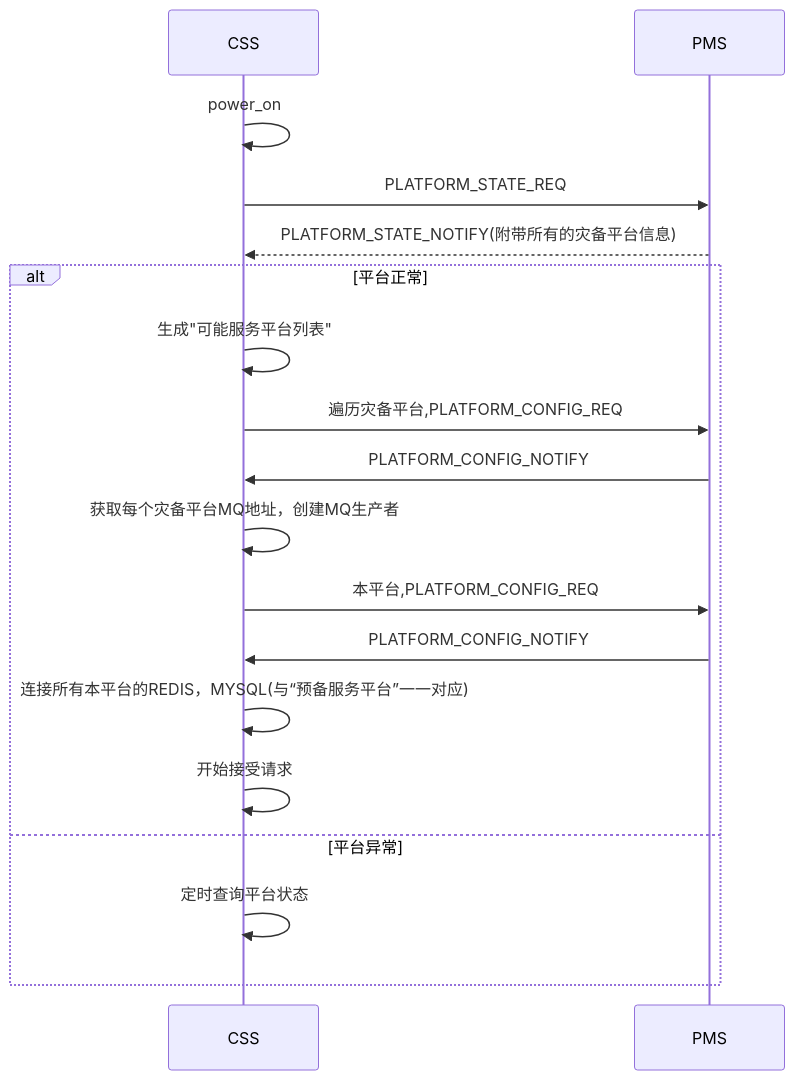
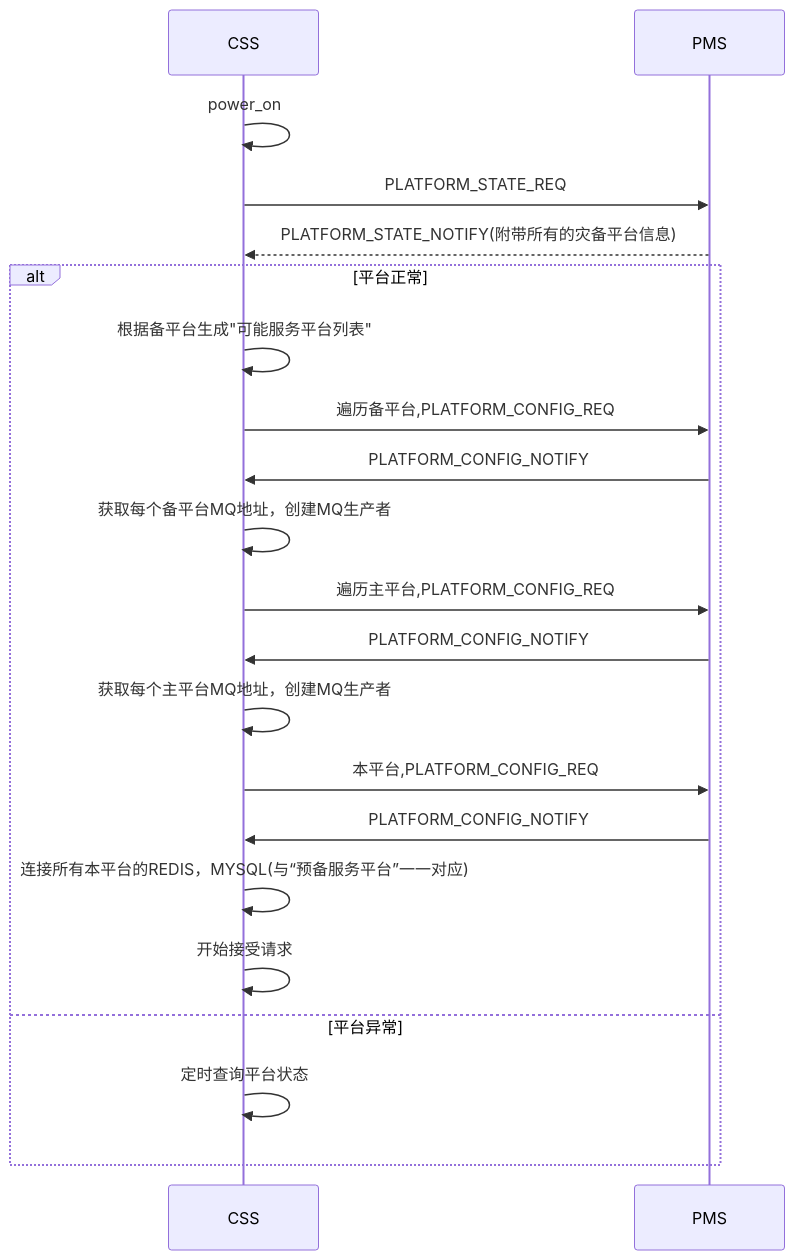
One commit to github188/w_doc changed the fourth of 5 diagrams in x需求_/5.1sp4css/5.1sp4css概要设计.md. Above: the diagram before and after it, drawn with Mermaid. The commit also changed other lines of this file, not shown here.

````diff
--- a/x需求_/5.1sp4css/5.1sp4css概要设计.md
+++ b/x需求_/5.1sp4css/5.1sp4css概要设计.md
@@ -146,18 +146,21 @@
 ```mermaid
 sequenceDiagram
 CSS->>CSS: power_on
 CSS->>PMS: PLATFORM_STATE_REQ
 PMS-->>CSS: PLATFORM_STATE_NOTIFY(附带所有的灾备平台信息)
 ALT 平台正常
-	CSS->>CSS: 生成"可能服务平台列表"
-	CSS->>PMS: 遍历灾备平台,PLATFORM_CONFIG_REQ
+	CSS->>CSS: 根据备平台生成"可能服务平台列表"
+	CSS->>PMS: 遍历备平台,PLATFORM_CONFIG_REQ
 	PMS->>CSS: PLATFORM_CONFIG_NOTIFY
-	CSS->>CSS: 获取每个灾备平台MQ地址，创建MQ生产者
+	CSS->>CSS: 获取每个备平台MQ地址，创建MQ生产者
+	CSS->>PMS: 遍历主平台,PLATFORM_CONFIG_REQ
+	PMS->>CSS: PLATFORM_CONFIG_NOTIFY
+	CSS->>CSS: 获取每个主平台MQ地址，创建MQ生产者
 	CSS->>PMS: 本平台,PLATFORM_CONFIG_REQ
 	PMS->>CSS: PLATFORM_CONFIG_NOTIFY
 	CSS->>CSS: 连接所有本平台的REDIS，MYSQL(与“预备服务平台”一一对应)
 	CSS->>CSS: 开始接受请求
 ELSE 平台异常
 	CSS->>CSS: 定时查询平台状态
 end
 ```
````
